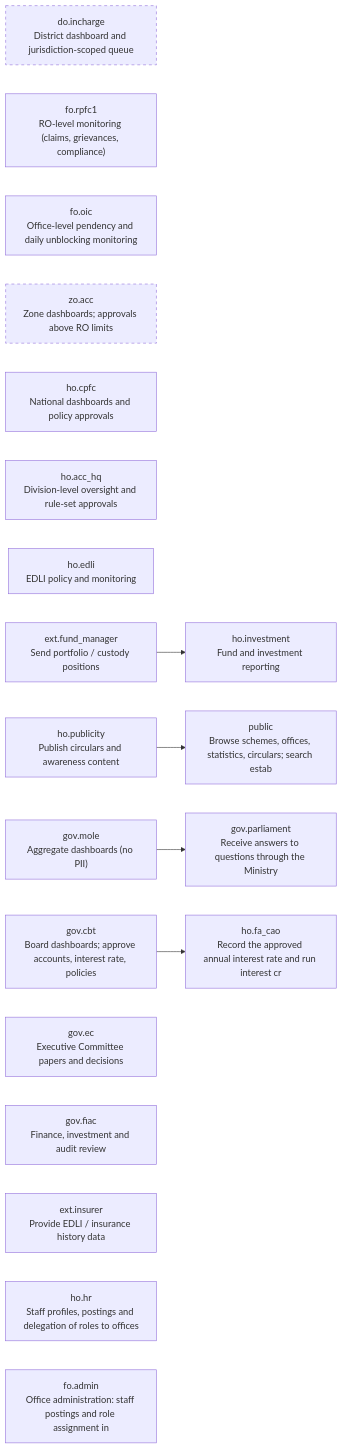
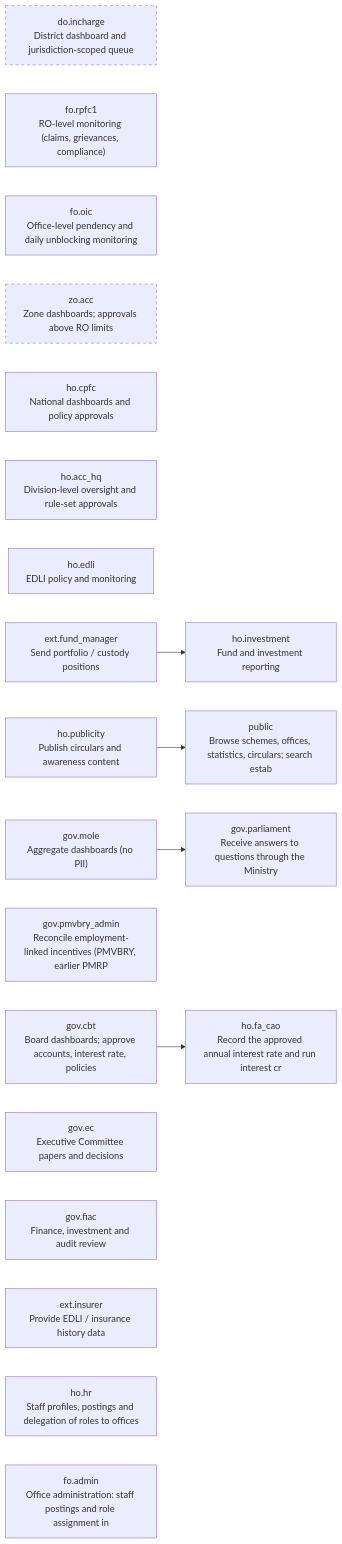
Before and after one commit to gauravmeena0708/pf-life: diagram 13 of 14 in docs/stakeholder-api-sets.md, drawn with Mermaid. The commit also changed other lines of this file and 23 other files, not shown here.

````diff
--- a/docs/stakeholder-api-sets.md
+++ b/docs/stakeholder-api-sets.md
@@ -1610,29 +1712,30 @@
 ```mermaid
 flowchart LR
   F13_public["public<br/>Browse schemes, offices, statistics, circulars; search estab"]
   F13_do["do.incharge<br/>District dashboard and jurisdiction-scoped queue"]
   style F13_do stroke-dasharray: 5 5
   F13_ro["fo.rpfc1<br/>RO-level monitoring (claims, grievances, compliance)"]
   F13_oic["fo.oic<br/>Office-level pendency and daily unblocking monitoring"]
   F13_zo["zo.acc<br/>Zone dashboards; approvals above RO limits"]
   style F13_zo stroke-dasharray: 5 5
   F13_cpfc["ho.cpfc<br/>National dashboards and policy approvals"]
   F13_acc_hq["ho.acc_hq<br/>Division-level oversight and rule-set approvals"]
   F13_divisions["ho.edli<br/>EDLI policy and monitoring"]
   F13_investment["ho.investment<br/>Fund and investment reporting"]
   F13_fund_feed["ext.fund_manager<br/>Send portfolio / custody positions"]
   F13_publicity["ho.publicity<br/>Publish circulars and awareness content"]
   F13_mole["gov.mole<br/>Aggregate dashboards (no PII)"]
+  F13_pmvbry["gov.pmvbry_admin<br/>Reconcile employment-linked incentives (PMVBRY, earlier PMRP"]
   F13_parliament["gov.parliament<br/>Receive answers to questions through the Ministry"]
   F13_cbt["gov.cbt<br/>Board dashboards; approve accounts, interest rate, policies"]
   F13_ec["gov.ec<br/>Executive Committee papers and decisions"]
   F13_fiac["gov.fiac<br/>Finance, investment and audit review"]
   F13_insurer["ext.insurer<br/>Provide EDLI / insurance history data"]
   F13_hr["ho.hr<br/>Staff profiles, postings and delegation of roles to offices"]
   F13_admin["fo.admin<br/>Office administration: staff postings and role assignment in"]
   F13_fund_feed --> F13_investment
   F13_publicity --> F13_public
   F13_mole --> F13_parliament
   F03_interest["ho.fa_cao<br/>Record the approved annual interest rate and run interest cr"]
   F13_cbt --> F03_interest
 ```
````
